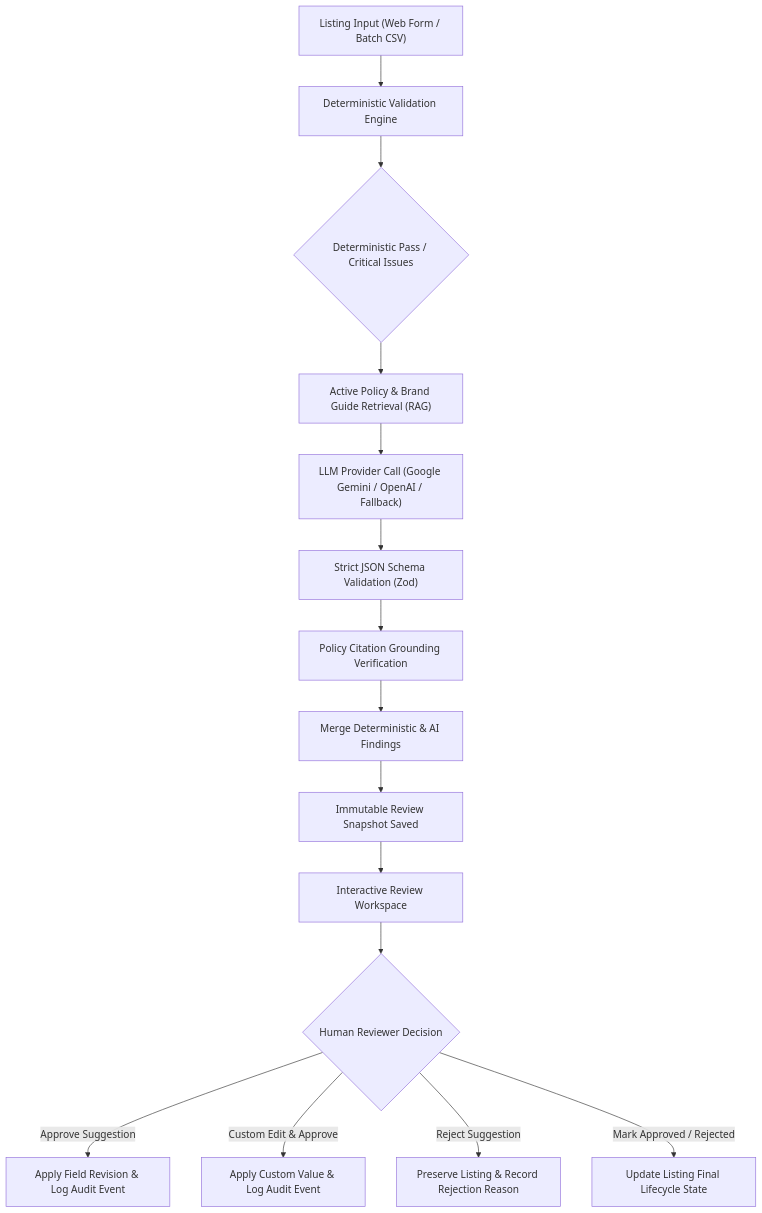
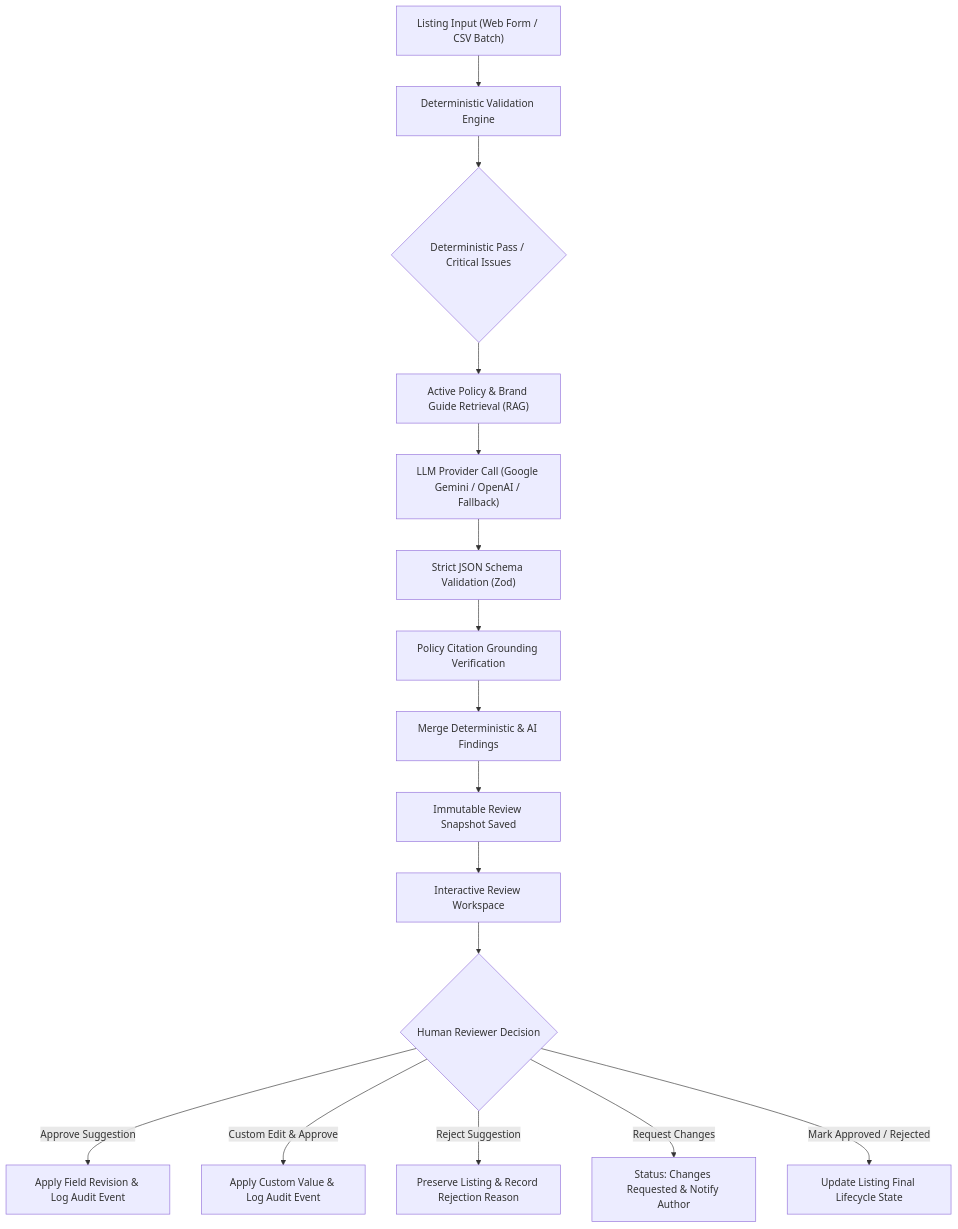
Before and after one commit to singhabhi11/marketplace-listing-reviewer: the diagram in README.md, drawn with Mermaid. The commit also changed other lines of this file and 53 other files, not shown here.

````diff
--- a/README.md
+++ b/README.md
@@ -12,17 +12,18 @@
 ```mermaid
 flowchart TD
-    A["Listing Input (Web Form / Batch CSV)"] --> B["Deterministic Validation Engine"]
+    A["Listing Input (Web Form / CSV Batch)"] --> B["Deterministic Validation Engine"]
     B --> C{"Deterministic Pass / Critical Issues"}
     C --> D["Active Policy & Brand Guide Retrieval (RAG)"]
     D --> E["LLM Provider Call (Google Gemini / OpenAI / Fallback)"]
     E --> F["Strict JSON Schema Validation (Zod)"]
     F --> G["Policy Citation Grounding Verification"]
     G --> H["Merge Deterministic & AI Findings"]
     H --> I["Immutable Review Snapshot Saved"]
     I --> J["Interactive Review Workspace"]
     J --> K{"Human Reviewer Decision"}
     K -- "Approve Suggestion" --> L["Apply Field Revision & Log Audit Event"]
     K -- "Custom Edit & Approve" --> M["Apply Custom Value & Log Audit Event"]
     K -- "Reject Suggestion" --> N["Preserve Listing & Record Rejection Reason"]
+    K -- "Request Changes" --> P["Status: Changes Requested & Notify Author"]
     K -- "Mark Approved / Rejected" --> O["Update Listing Final Lifecycle State"]
 ```
````
